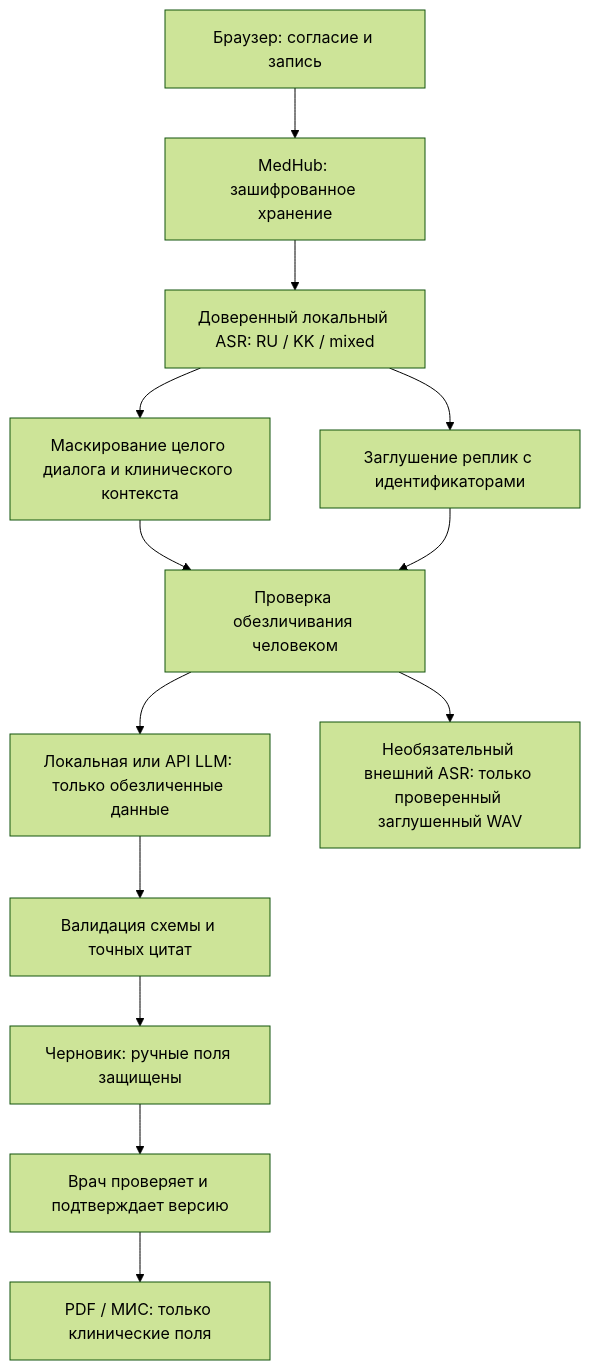
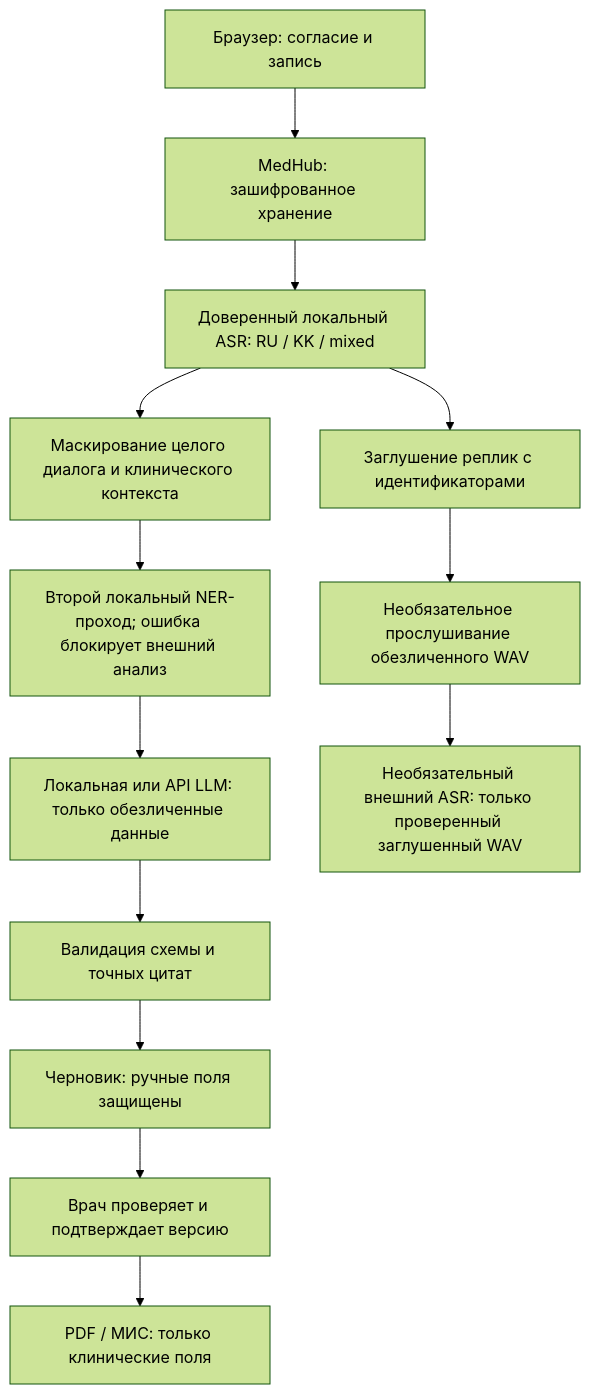
The diagram in docs/ai-privacy-pipeline.md (MG-Trener/medhub), drawn with Mermaid (forest theme) before and after one commit. The commit also changed other lines of this file and 35 other files, not shown here.

````diff
--- a/docs/ai-privacy-pipeline.md
+++ b/docs/ai-privacy-pipeline.md
@@ -3,15 +3,15 @@
 ```mermaid
 flowchart TD
   A[Браузер: согласие и запись] --> B[MedHub: зашифрованное хранение]
   B --> C[Доверенный локальный ASR: RU / KK / mixed]
   C --> D[Маскирование целого диалога и клинического контекста]
   C --> E[Заглушение реплик с идентификаторами]
-  D --> F[Проверка обезличивания человеком]
-  E --> F
+  D --> F[Второй локальный NER-проход; ошибка блокирует внешний анализ]
+  E --> H0[Необязательное прослушивание обезличенного WAV]
   F --> G[Локальная или API LLM: только обезличенные данные]
-  F --> H[Необязательный внешний ASR: только проверенный заглушенный WAV]
+  H0 --> H[Необязательный внешний ASR: только проверенный заглушенный WAV]
   G --> I[Валидация схемы и точных цитат]
   I --> J[Черновик: ручные поля защищены]
   J --> K[Врач проверяет и подтверждает версию]
   K --> L[PDF / МИС: только клинические поля]
 ```
````
